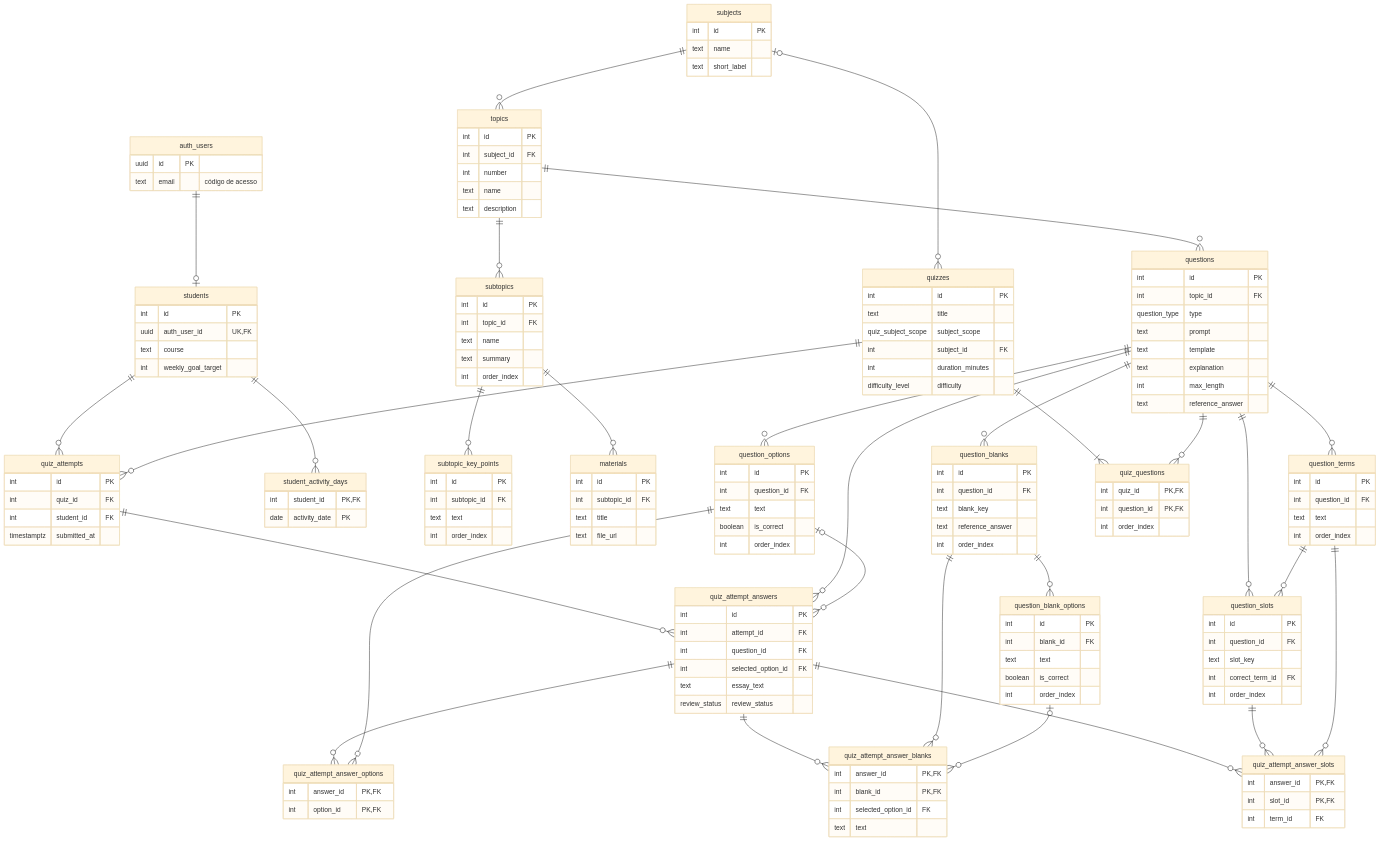
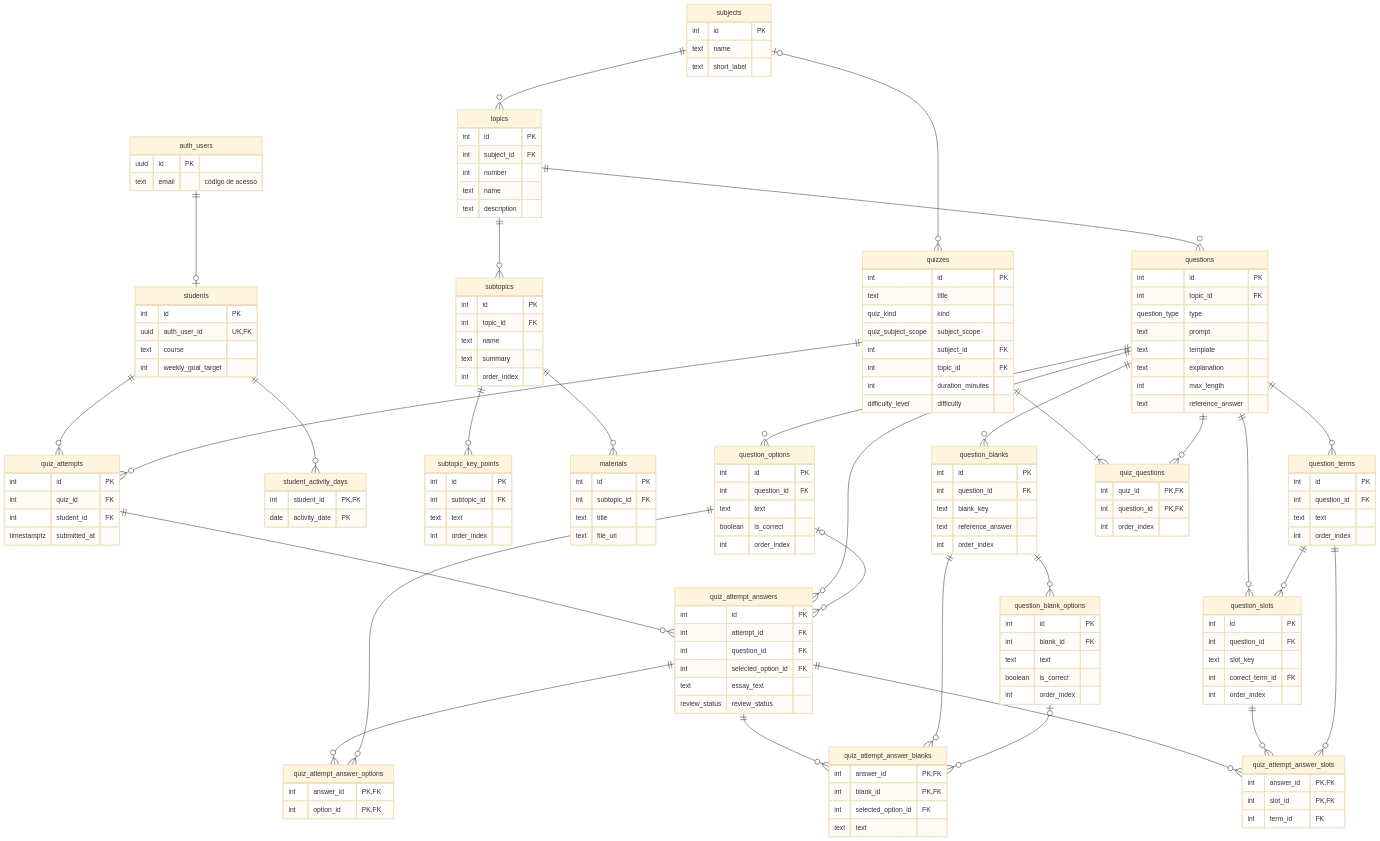
One commit to igor-fuchs01/student-app changed the second of 2 diagrams in docs/06-modelagem-de-dados.md. Above: the diagram before and after it, drawn with Mermaid (base theme). The commit also changed other lines of this file, not shown here.

```diff
--- a/docs/06-modelagem-de-dados.md
+++ b/docs/06-modelagem-de-dados.md
@@ -425,8 +433,10 @@
     quizzes {
         int id PK
         text title
+        quiz_kind kind
         quiz_subject_scope subject_scope
         int subject_id FK
+        int topic_id FK
         int duration_minutes
         difficulty_level difficulty
     }
```
